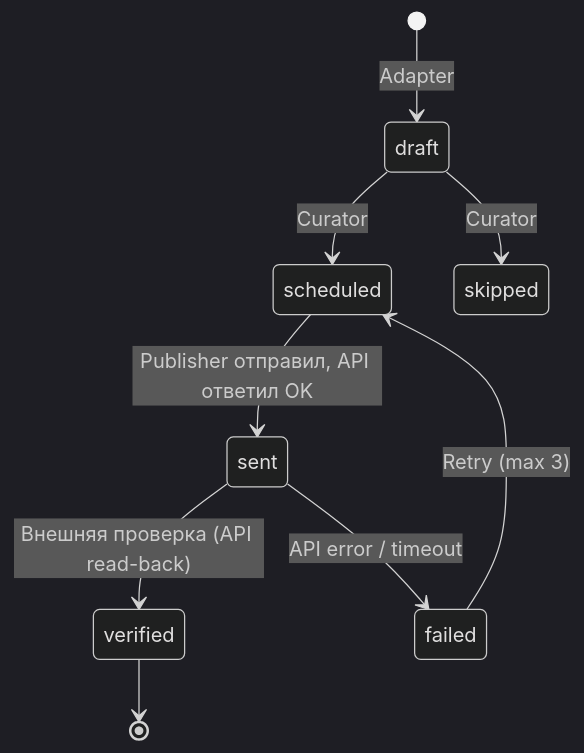
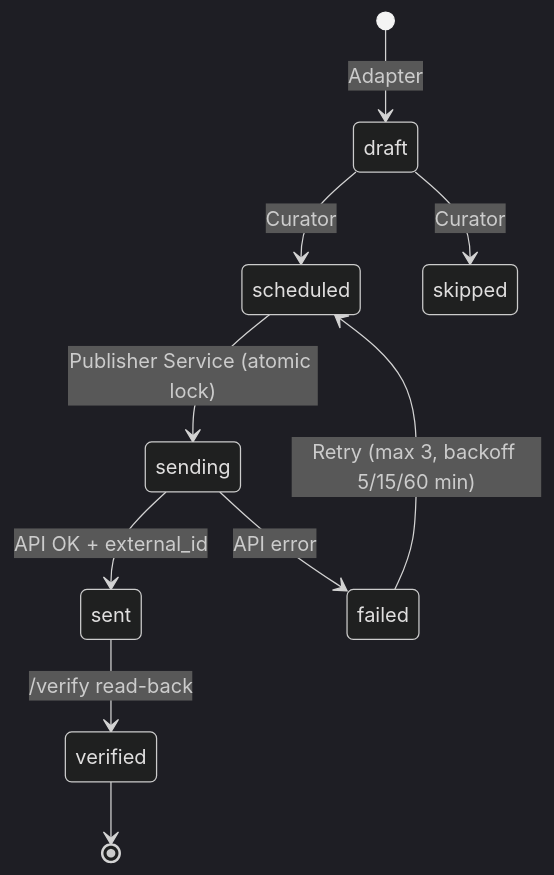
One commit to TimmyZinin/content-pipeline changed the second of 2 diagrams in docs/Database.md. Above: the diagram before and after it, drawn with Mermaid (dark theme). The commit also changed other lines of this file and 2 other files, not shown here.

````diff
--- a/docs/Database.md
+++ b/docs/Database.md
@@ -113,11 +94,12 @@
 ```mermaid
 stateDiagram-v2
     [*] --> draft: Adapter
     draft --> scheduled: Curator
     draft --> skipped: Curator
-    scheduled --> sent: Publisher отправил, API ответил OK
-    sent --> verified: Внешняя проверка (API read-back)
-    sent --> failed: API error / timeout
-    failed --> scheduled: Retry (max 3)
+    scheduled --> sending: Publisher Service (atomic lock)
+    sending --> sent: API OK + external_id
+    sending --> failed: API error
+    sent --> verified: /verify read-back
+    failed --> scheduled: Retry (max 3, backoff 5/15/60 min)
     verified --> [*]
 ```
````
